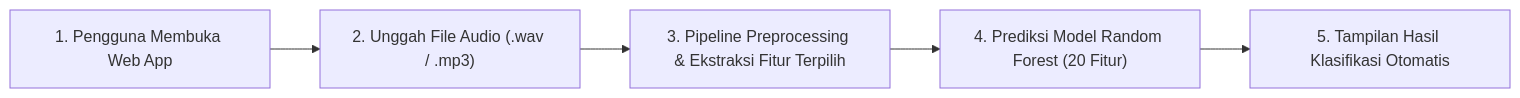
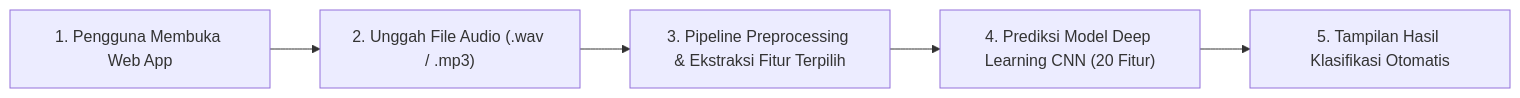
The diagram in note/WIREFRAME.md (muhammadainulfuady/AudioClasification), drawn with Mermaid before and after one commit. The commit also changed other lines of this file and 17 other files, not shown here.

````diff
--- a/note/WIREFRAME.md
+++ b/note/WIREFRAME.md
@@ -19,7 +19,7 @@
 ```mermaid
 flowchart LR
     A["1. Pengguna Membuka Web App"] --> B["2. Unggah File Audio (.wav / .mp3)"]
     B --> C["3. Pipeline Preprocessing & Ekstraksi Fitur Terpilih"]
-    C --> D["4. Prediksi Model Random Forest (20 Fitur)"]
+    C --> D["4. Prediksi Model Deep Learning CNN (20 Fitur)"]
     D --> E["5. Tampilan Hasil Klasifikasi Otomatis"]
 ```
````
